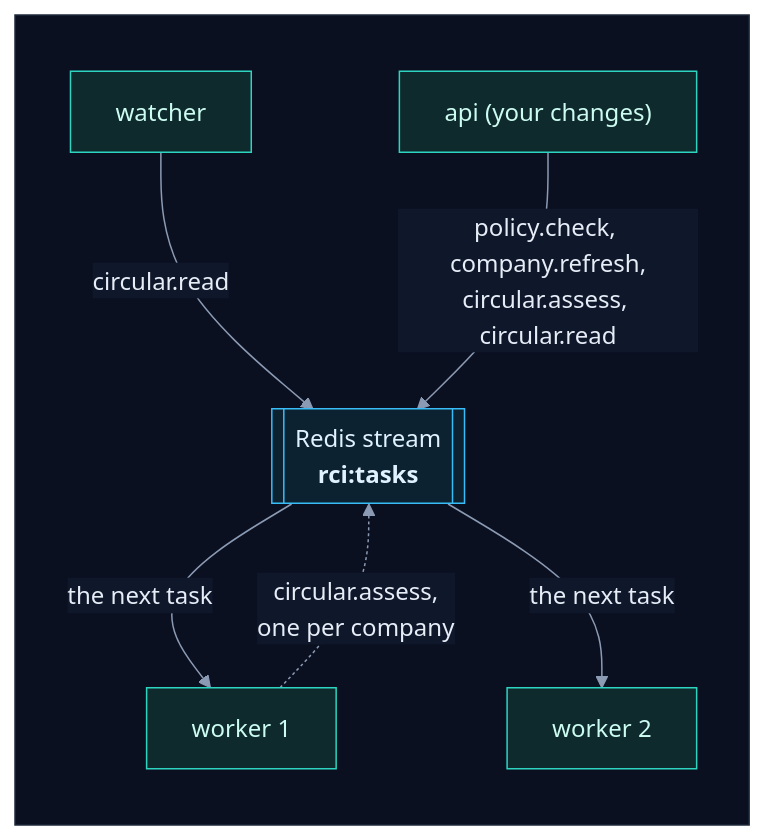
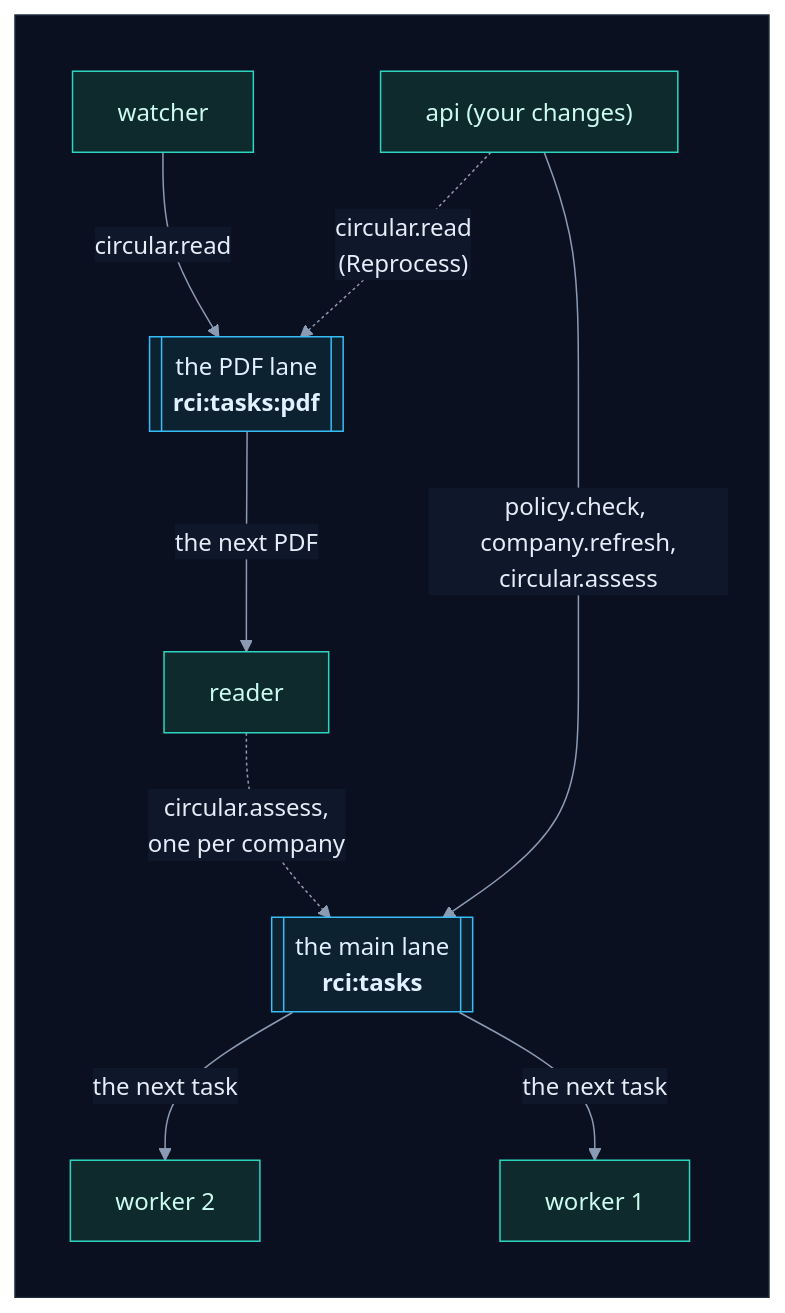
Before and after one commit to selvakumarperumal/Regulatory_Circular_Impact_Agent: diagram 38 of 56 in how_it_works.md, drawn with Mermaid. The commit also changed other lines of this file and 7 other files, not shown here.

Commit message:
Document the PDF lane and the main lane

````diff
--- a/how_it_works.md
+++ b/how_it_works.md
@@ -1907,25 +1933,27 @@
 ```mermaid
 %%{init: {"theme": "base", "flowchart": {"diagramPadding": 0}, "themeVariables": {"darkMode": true, "primaryColor": "#16213a", "primaryTextColor": "#e6edf7", "primaryBorderColor": "#475a7a", "lineColor": "#8b9bb4", "secondaryColor": "#1b2436", "tertiaryColor": "#101a2e", "edgeLabelBackground": "#0f172a", "textColor": "#e2e8f0", "clusterBkg": "#0f1728", "clusterBorder": "#2b3a55", "titleColor": "#c4b5fd", "nodeTextColor": "#e6edf7"}}}%%
 flowchart TD
     subgraph canvas[" "]
         direction TB
-        W["watcher"] -->|"circular.read"| Q[["Redis stream<br/><b>rci:tasks</b>"]]
-        A["api (your changes)"] -->|"policy.check, company.refresh,<br/>circular.assess, circular.read"| Q
+        W["watcher"] -->|"circular.read"| P[["the PDF lane<br/><b>rci:tasks:pdf</b>"]]
+        A["api (your changes)"] -->|"policy.check, company.refresh,<br/>circular.assess"| Q[["the main lane<br/><b>rci:tasks</b>"]]
+        A -.->|"circular.read<br/>(Reprocess)"| P
+        P -->|"the next PDF"| R["reader"]
+        R -.->|"circular.assess,<br/>one per company"| Q
         Q -->|"the next task"| K1["worker 1"]
         Q -->|"the next task"| K2["worker 2"]
-        K1 -.->|"circular.assess,<br/>one per company"| Q
     end
     classDef svc fill:#0e2a2c,stroke:#2dd4bf,color:#ccfbf1
     classDef data fill:#1c1a47,stroke:#818cf8,color:#e0e7ff
     classDef ext fill:#2a1640,stroke:#c084fc,color:#f3e8ff
     classDef gpu fill:#2d1b0c,stroke:#fb923c,color:#ffedd5
     classDef ask fill:#2a2410,stroke:#fbbf24,color:#fef3c7
     classDef ok fill:#0b2a1c,stroke:#34d399,color:#d1fae5
     classDef bad fill:#2e0f17,stroke:#fb7185,color:#ffe4e6
     classDef start fill:#1c2a0e,stroke:#a7ef6f,color:#ecfccb
     classDef muted fill:#1a2130,stroke:#64748b,color:#cbd5e1
     classDef queue fill:#0c2231,stroke:#38bdf8,color:#e0f2fe
-    class W,A,K1,K2 svc
-    class Q queue
+    class W,A,R,K1,K2 svc
+    class P,Q queue
     style canvas fill:#0b1020,stroke:#1e293b,color:#0b1020
 ```
````
